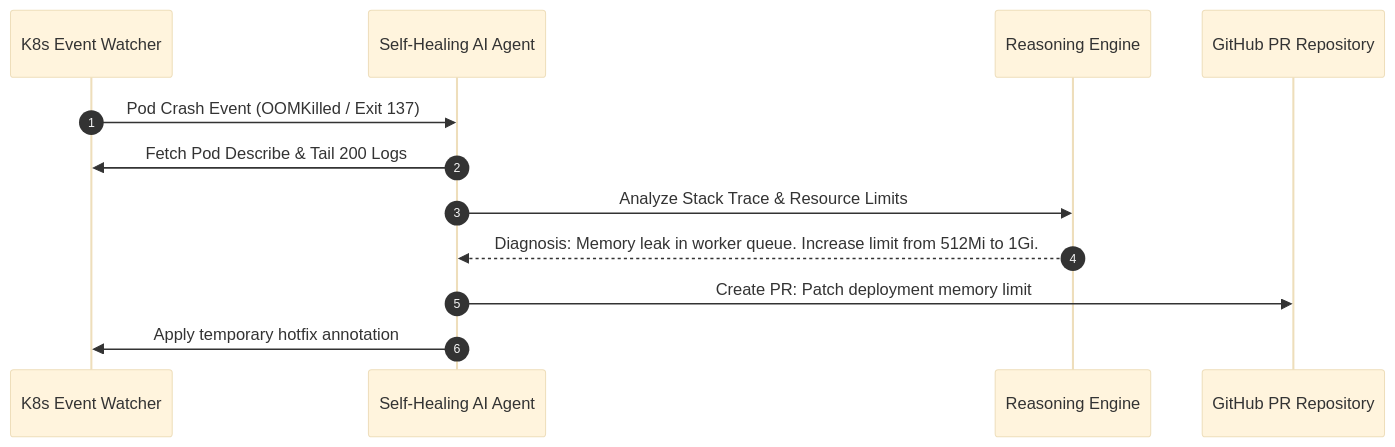
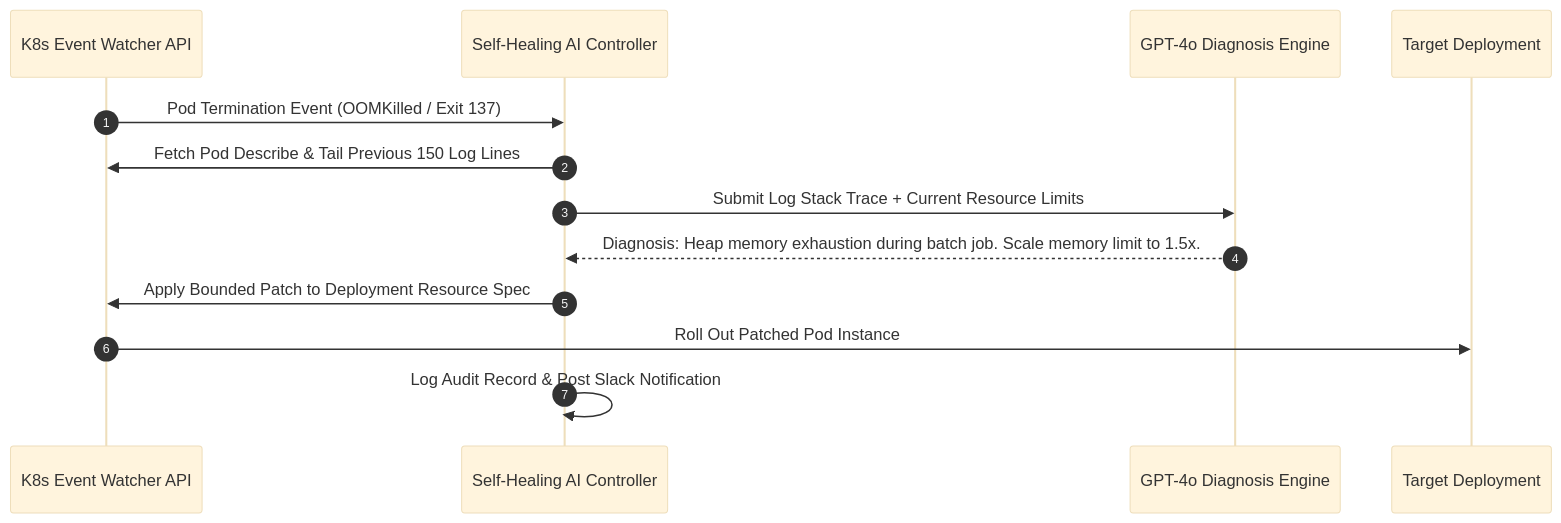
The diagram in content/posts/autonomous-ai-devops-agents/ai-devops-agents-part-2-k8s-self-healing.mdx (Ovanthra-Inc/sidhya-blog), drawn with Mermaid (base theme) before and after one commit. The commit also changed other lines of this file and 42 other files, not shown here.

````diff
--- a/content/posts/autonomous-ai-devops-agents/ai-devops-agents-part-2-k8s-self-healing.mdx
+++ b/content/posts/autonomous-ai-devops-agents/ai-devops-agents-part-2-k8s-self-healing.mdx
@@ -32,15 +29,16 @@
 ```mermaid
 sequenceDiagram
     autonumber
-    participant K8s as K8s Event Watcher
-    participant Agent as Self-Healing AI Agent
-    participant LLM as Reasoning Engine
-    participant Git as GitHub PR Repository
+    participant K8s as K8s Event Watcher API
+    participant Agent as Self-Healing AI Controller
+    participant LLM as GPT-4o Diagnosis Engine
+    participant App as Target Deployment
 
-    K8s->>Agent: Pod Crash Event (OOMKilled / Exit 137)
-    Agent->>K8s: Fetch Pod Describe & Tail 200 Logs
-    Agent->>LLM: Analyze Stack Trace & Resource Limits
-    LLM-->>Agent: Diagnosis: Memory leak in worker queue. Increase limit from 512Mi to 1Gi.
-    Agent->>Git: Create PR: Patch deployment memory limit
-    Agent->>K8s: Apply temporary hotfix annotation
+    K8s->>Agent: Pod Termination Event (OOMKilled / Exit 137)
+    Agent->>K8s: Fetch Pod Describe & Tail Previous 150 Log Lines
+    Agent->>LLM: Submit Log Stack Trace + Current Resource Limits
+    LLM-->>Agent: Diagnosis: Heap memory exhaustion during batch job. Scale memory limit to 1.5x.
+    Agent->>K8s: Apply Bounded Patch to Deployment Resource Spec
+    K8s->>App: Roll Out Patched Pod Instance
+    Agent->>Agent: Log Audit Record & Post Slack Notification
 ```
````
